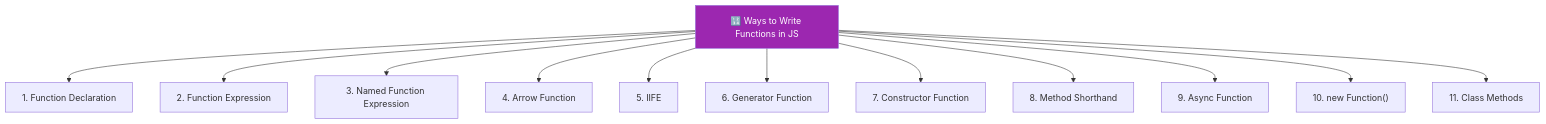
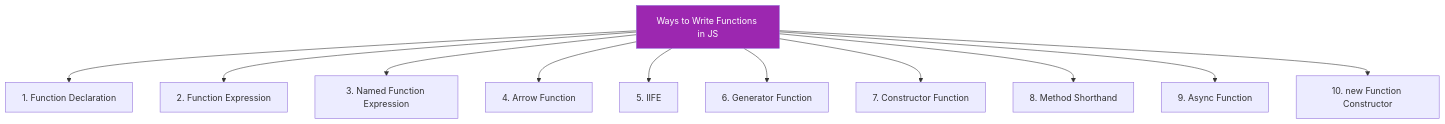
Before and after one commit to Kshitijgul/Notes: the seventh of 30 diagrams in Javascript/Chapter5_Functions.md, drawn with Mermaid. The commit also changed other lines of this file and 1 other file, not shown here.

````diff
--- a/Javascript/Chapter5_Functions.md
+++ b/Javascript/Chapter5_Functions.md
@@ -1455,16 +567,15 @@
 ```mermaid
 flowchart TD
-    A["🔢 Ways to Write Functions in JS"] --> B["1. Function Declaration"]
+    A["Ways to Write Functions in JS"] --> B["1. Function Declaration"]
     A --> C["2. Function Expression"]
     A --> D["3. Named Function Expression"]
     A --> E["4. Arrow Function"]
     A --> F["5. IIFE"]
     A --> G["6. Generator Function"]
     A --> H["7. Constructor Function"]
     A --> I["8. Method Shorthand"]
     A --> J["9. Async Function"]
-    A --> K["10. new Function()"]
-    A --> L["11. Class Methods"]
-    
+    A --> K["10. new Function Constructor"]
+
     style A fill:#9C27B0,color:white
 ```
````
